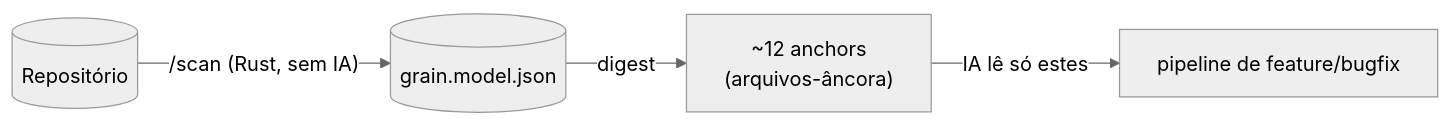
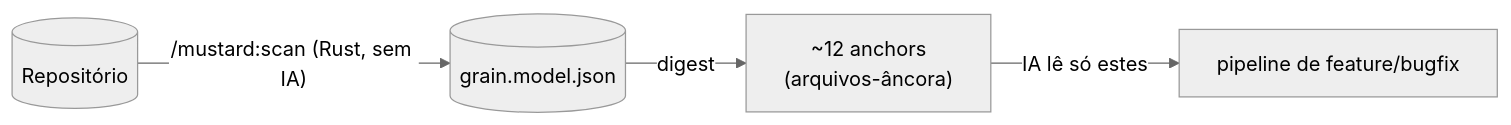
One commit to rubensrpj/mustard changed the first of 2 diagrams in README.md. Above: the diagram before and after it, drawn with Mermaid (neutral theme). The commit also changed other lines of this file and 1 other file, not shown here.

````diff
--- a/README.md
+++ b/README.md
@@ -17,6 +17,6 @@
 ```mermaid
 flowchart LR
-    repo[("Repositório")] -->|"/scan (Rust, sem IA)"| model[("grain.model.json")]
+    repo[("Repositório")] -->|"/mustard:scan (Rust, sem IA)"| model[("grain.model.json")]
     model -->|digest| anchors["~12 anchors<br/>(arquivos-âncora)"]
     anchors -->|"IA lê só estes"| work["pipeline de feature/bugfix"]
 ```
````
